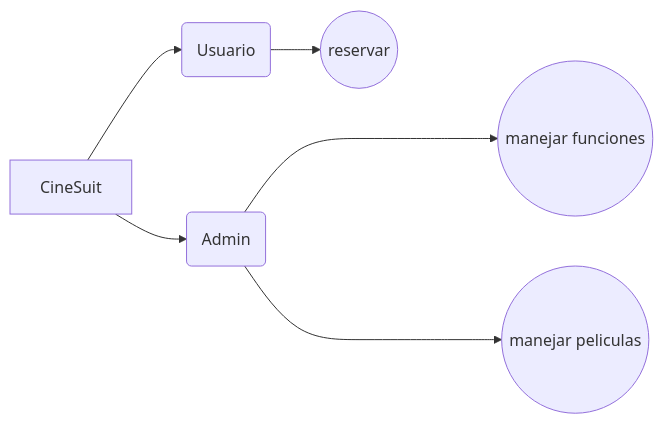
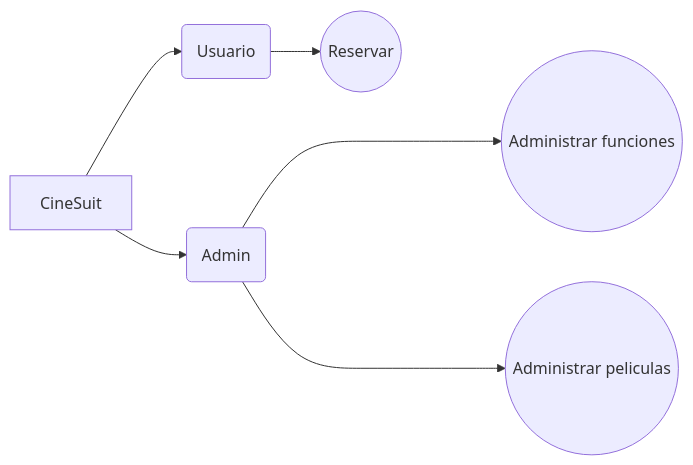
Before and after one commit to DLeonardoG/Cinema: the diagram in README.md, drawn with Mermaid.

````diff
--- a/README.md
+++ b/README.md
@@ -38,9 +38,9 @@
 ```mermaid
 graph LR
 A[CineSuit] --> B(Admin)
 A[CineSuit] --> C(Usuario)
-B ----> E((manejar funciones))
-B ----> F((manejar peliculas))
-C(Usuario) --> G((reservar))
+B ----> E((Administrar funciones))
+B ----> F((Administrar peliculas))
+C(Usuario) --> G((Reservar))
 
 ```
````
